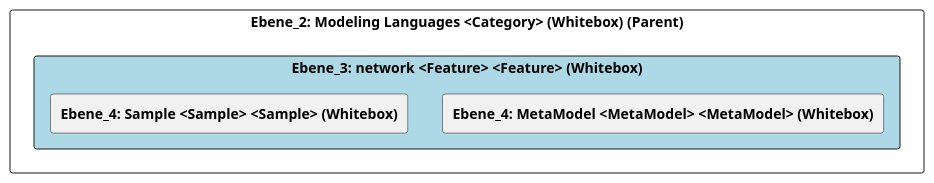
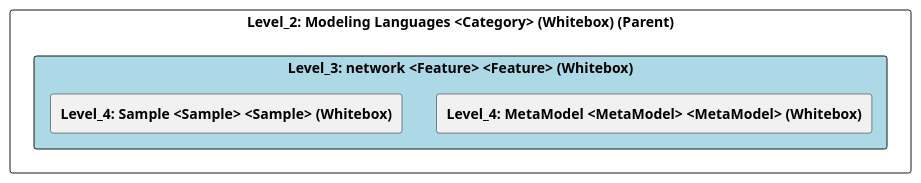
One commit to marcozwyssig/cleon changed the diagram in doc/cleonproject_deliverables_architecture_model_architecture/adoc/de/05_bausteinsicht/cleon/modeling_languages/network/ebene_3_network.adoc. Above: the diagram before and after it, drawn with PlantUML. The commit also changed other lines of this file and 83 other files, not shown here.

```diff
--- a/doc/cleonproject_deliverables_architecture_model_architecture/adoc/de/05_bausteinsicht/cleon/modeling_languages/network/ebene_3_network.adoc
+++ b/doc/cleonproject_deliverables_architecture_model_architecture/adoc/de/05_bausteinsicht/cleon/modeling_languages/network/ebene_3_network.adoc
@@ -20,25 +20,25 @@
-[plantuml, Ebene_3: network <Feature> <Feature> (Whitebox)BlockOverview, format="svg"]
+[plantuml, Level_3: network <Feature> <Feature> (Whitebox)BlockOverview, format="svg"]
 ----
-@startuml Ebene_3: network <Feature> <Feature> (Whitebox)BuildingBlockOverview
+@startuml Level_3: network <Feature> <Feature> (Whitebox)BuildingBlockOverview
 
 skinparam ranksep 10
 skinparam componentStyle rectangle
 skinparam shadowing false
 skinparam arrowColor lightblue
 skinparam arrowThickness 1.2
 skinparam rectangle {
   BackgroundColor White
   BorderColor #333
   RoundCorner 10
 }
 top to bottom direction
 
-component "Ebene_2: Modeling Languages <Category> (Whitebox) (Parent)" {
-    component "Ebene_3: network <Feature> <Feature> (Whitebox)" #lightblue {
-        [**Ebene_4: MetaModel <MetaModel> <MetaModel> (Whitebox)**] as 4A570572_D579_11EE_903E_9F564E4DE07E
-        [**Ebene_4: Sample <Sample> <Sample> (Whitebox)**] as 4A56DE48_D579_11EE_903E_9F564E4DE07E
+component "Level_2: Modeling Languages <Category> (Whitebox) (Parent)" {
+    component "Level_3: network <Feature> <Feature> (Whitebox)" #lightblue {
+        [**Level_4: MetaModel <MetaModel> <MetaModel> (Whitebox)**] as 4A570572_D579_11EE_903E_9F564E4DE07E
+        [**Level_4: Sample <Sample> <Sample> (Whitebox)**] as 4A56DE48_D579_11EE_903E_9F564E4DE07E
     }
 }
 
 @enduml
 ----
```
